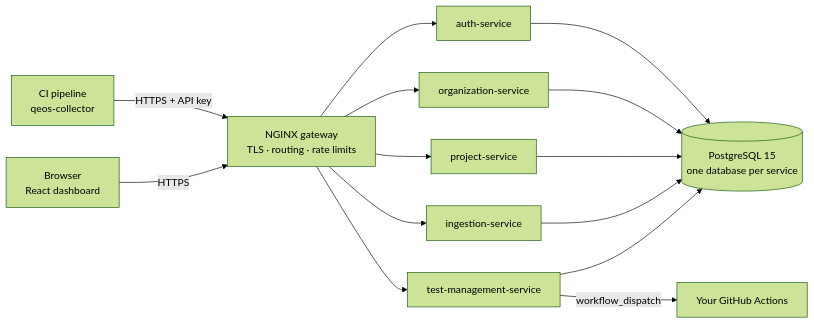
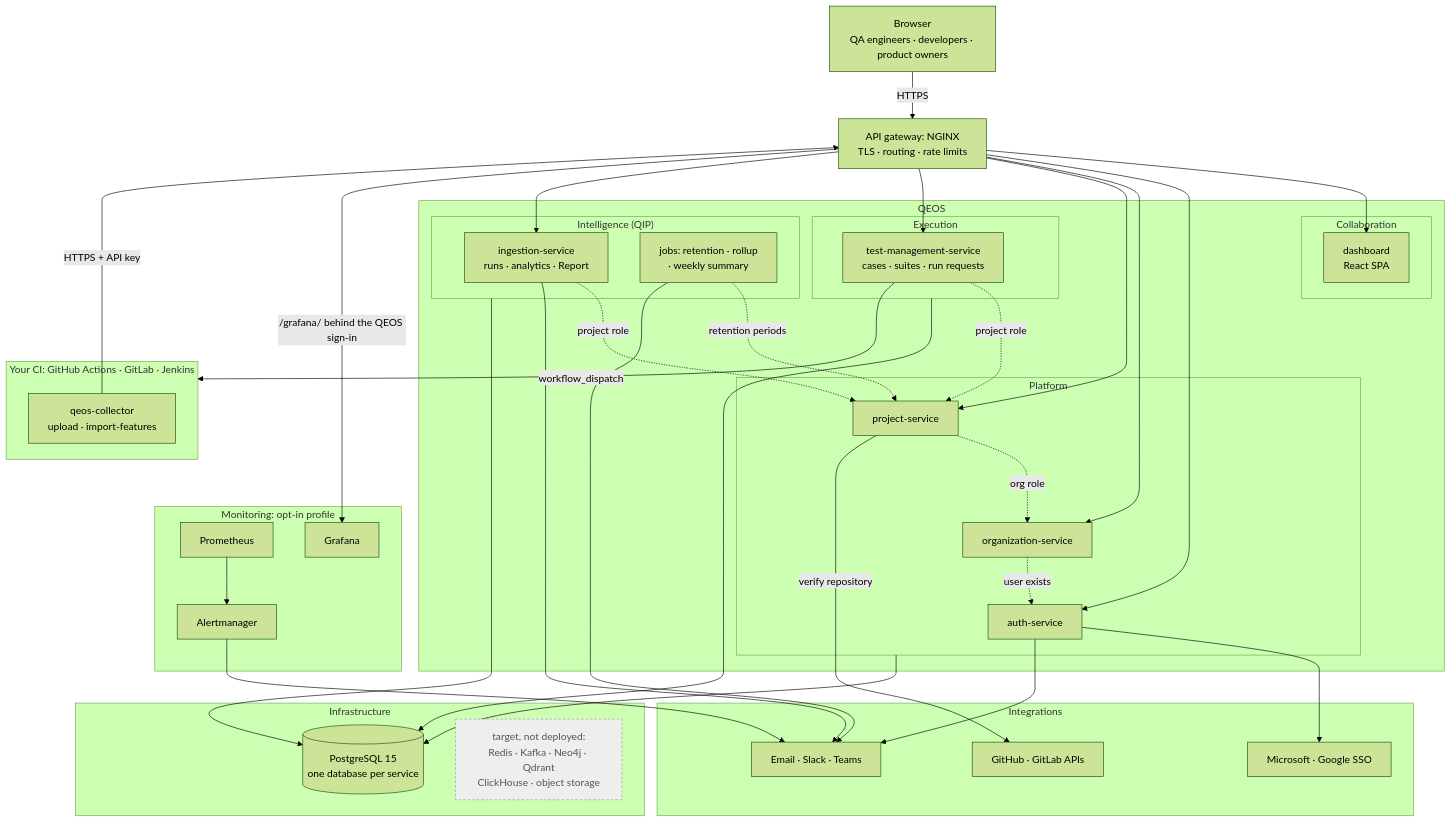
One commit to atriis/Atriis.QEOS changed the diagram in README.md. Above: the diagram before and after it, drawn with Mermaid (forest theme). The commit also changed other lines of this file and 1 other file, not shown here.

Commit message:
docs(readme): architecture diagram follows the blueprint's container view
Groups today's containers under the blueprint's domains (Platform, Execution,
Intelligence, Collaboration, Integrations) and adds what was missing: the
role checks between services, the three jobs, the dashboard container, the
outbound integrations, the monitoring profile and the target infrastructure
marked as not deployed. The blueprint's stale 'Current State' now points at
the status banner and the README diagram.

````diff
--- a/README.md
+++ b/README.md
@@ -103,13 +107,61 @@
 ```mermaid
-flowchart LR
-    CI["CI pipeline<br/>qeos-collector"] -->|HTTPS + API key| GW
-    Browser["Browser<br/>React dashboard"] -->|HTTPS| GW
-    GW["NGINX gateway<br/>TLS · routing · rate limits"]
-    GW --> AUTH[auth-service]
-    GW --> ORG[organization-service]
-    GW --> PROJ[project-service]
-    GW --> ING[ingestion-service]
-    GW --> TM[test-management-service]
-    AUTH & ORG & PROJ & ING & TM --> PG[("PostgreSQL 15<br/>one database per service")]
-    TM -->|workflow_dispatch| GHA["Your GitHub Actions"]
+flowchart TB
+    Browser["Browser<br/>QA engineers · developers · product owners"]
+    subgraph CI["Your CI: GitHub Actions · GitLab · Jenkins"]
+        COL["qeos-collector<br/>upload · import-features"]
+    end
+    Browser -->|HTTPS| GW
+    COL -->|HTTPS + API key| GW
+    GW["API gateway: NGINX<br/>TLS · routing · rate limits"]
+
+    subgraph QEOS["QEOS"]
+        subgraph PLAT["Platform"]
+            AUTH[auth-service]
+            ORG[organization-service]
+            PROJ[project-service]
+        end
+        subgraph EXEC["Execution"]
+            TM["test-management-service<br/>cases · suites · run requests"]
+        end
+        subgraph QIP["Intelligence (QIP)"]
+            ING["ingestion-service<br/>runs · analytics · Report"]
+            JOBS["jobs: retention · rollup<br/>· weekly summary"]
+        end
+        subgraph COLLAB["Collaboration"]
+            DASH["dashboard<br/>React SPA"]
+        end
+    end
+    GW --> DASH
+    GW --> AUTH & ORG & PROJ
+    GW --> TM & ING
+    ORG -.->|user exists| AUTH
+    PROJ -.->|org role| ORG
+    TM & ING -.->|project role| PROJ
+    JOBS -.->|retention periods| PROJ
+
+    subgraph INFRA["Infrastructure"]
+        PG[("PostgreSQL 15<br/>one database per service")]
+        TARGET["target, not deployed:<br/>Redis · Kafka · Neo4j · Qdrant<br/>ClickHouse · object storage"]
+    end
+    PLAT & EXEC & QIP --> PG
+
+    subgraph INTEG["Integrations"]
+        GH["GitHub · GitLab APIs"]
+        IDP["Microsoft · Google SSO"]
+        NOTIFY["Email · Slack · Teams"]
+    end
+    TM -->|workflow_dispatch| CI
+    PROJ -->|verify repository| GH
+    AUTH --> IDP
+    AUTH & ING & JOBS --> NOTIFY
+
+    subgraph MON["Monitoring: opt-in profile"]
+        PROM[Prometheus] --> AM[Alertmanager]
+        GRAF[Grafana]
+    end
+    GW -->|/grafana/ behind the QEOS sign-in| GRAF
+    AM --> NOTIFY
+
+    classDef target fill:#eee,stroke:#999,stroke-dasharray:4 3,color:#555
+    class TARGET target
 ```
````
